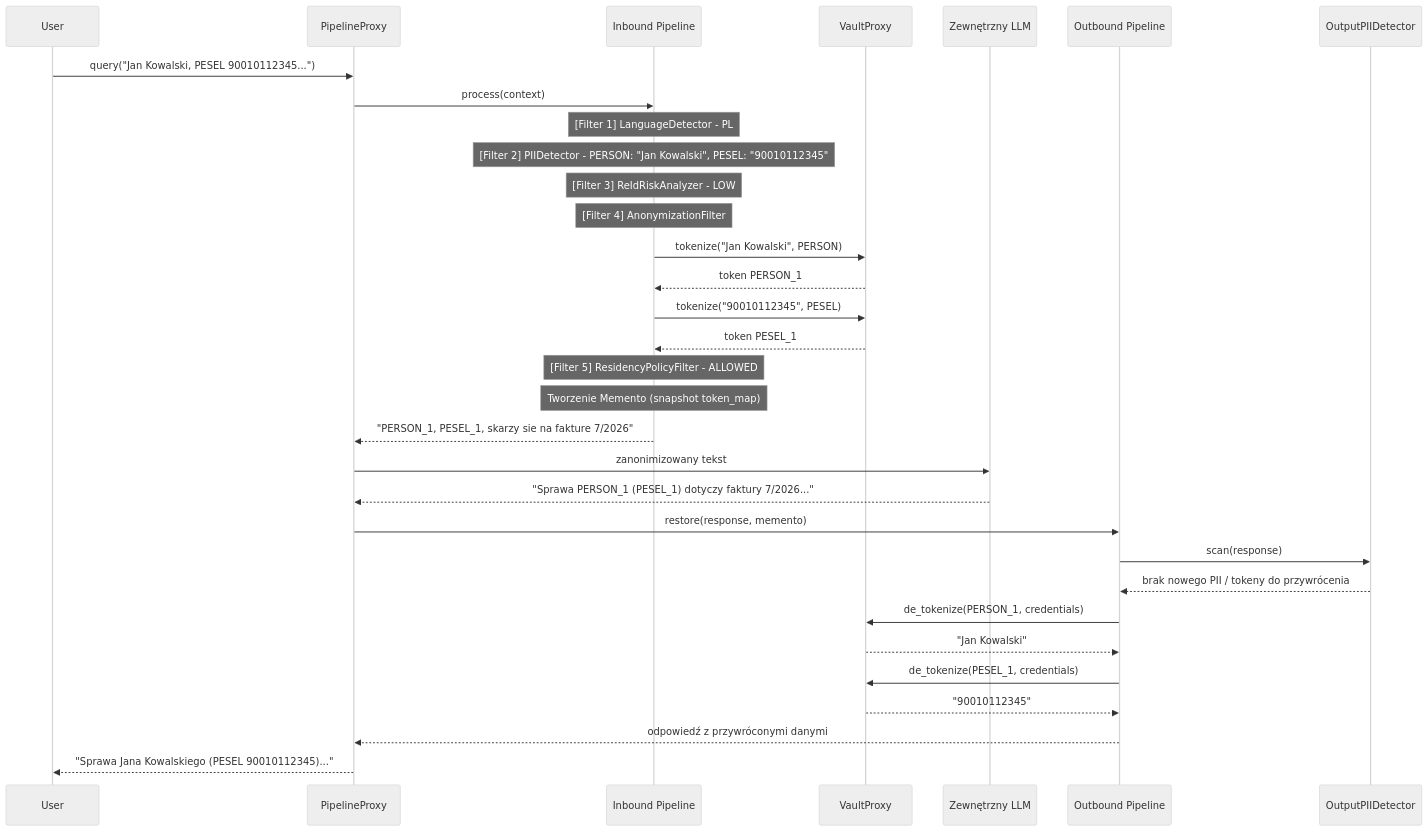
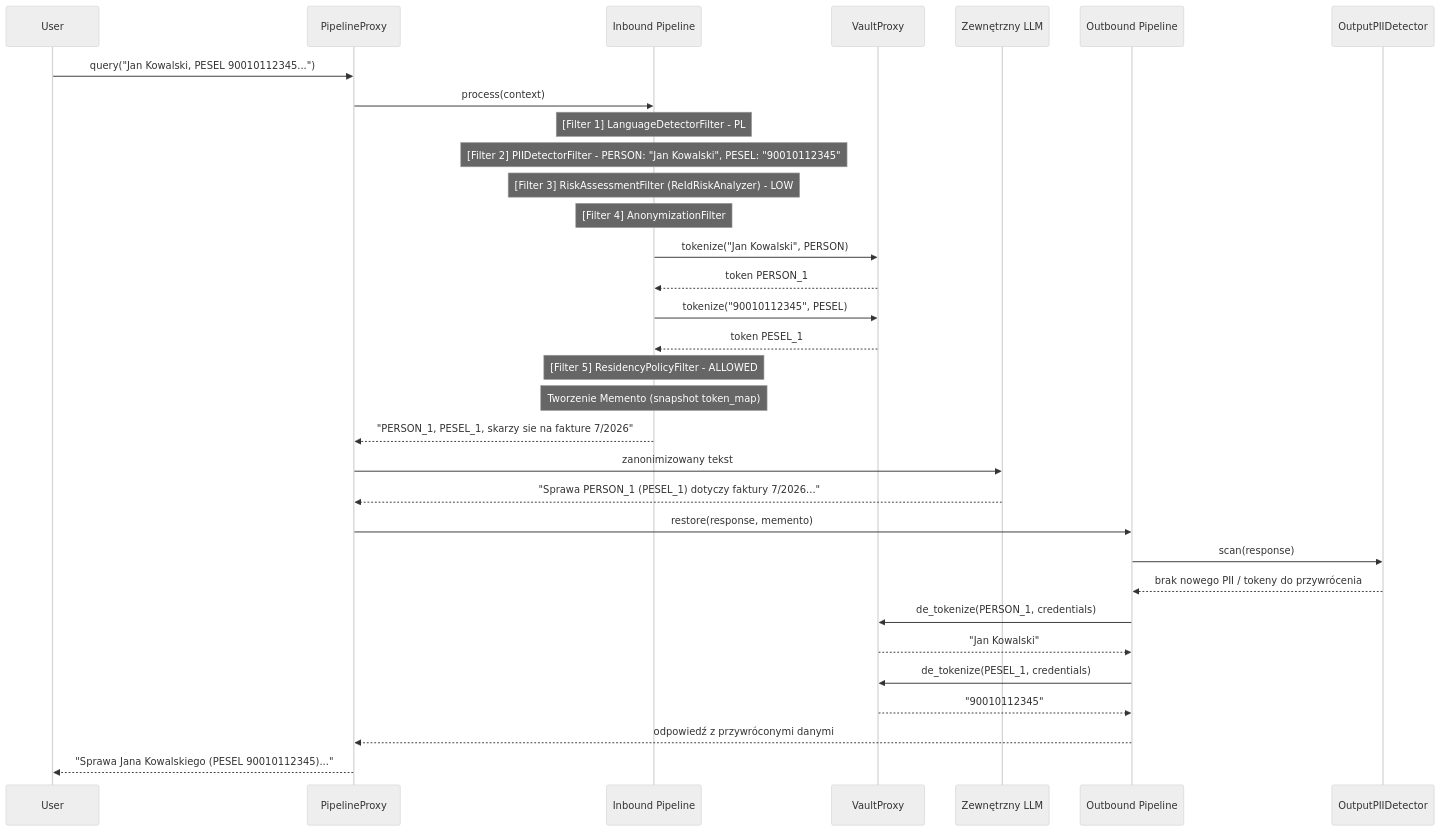
The eighth of 14 diagrams in ARCHITECTURE.md (gniewekk/Privacy-Preserving-Context-Pipeline-for-LLMs-DP), drawn with Mermaid (neutral theme) before and after one commit. The commit also changed other lines of this file and 12 other files, not shown here.

````diff
--- a/ARCHITECTURE.md
+++ b/ARCHITECTURE.md
@@ -480,40 +480,40 @@
 ```mermaid
 sequenceDiagram
     participant User
     participant Proxy as PipelineProxy
     participant InPipe as Inbound Pipeline
     participant Vault as VaultProxy
     participant LLM as Zewnętrzny LLM
     participant OutPipe as Outbound Pipeline
     participant OutputPII as OutputPIIDetector
 
     User->>Proxy: query("Jan Kowalski, PESEL 90010112345...")
     Proxy->>InPipe: process(context)
 
-    Note over InPipe: [Filter 1] LanguageDetector - PL
-    Note over InPipe: [Filter 2] PIIDetector - PERSON: "Jan Kowalski", PESEL: "90010112345"
-    Note over InPipe: [Filter 3] ReIdRiskAnalyzer - LOW
+    Note over InPipe: [Filter 1] LanguageDetectorFilter - PL
+    Note over InPipe: [Filter 2] PIIDetectorFilter - PERSON: "Jan Kowalski", PESEL: "90010112345"
+    Note over InPipe: [Filter 3] RiskAssessmentFilter (ReIdRiskAnalyzer) - LOW
     Note over InPipe: [Filter 4] AnonymizationFilter
 
     InPipe->>Vault: tokenize("Jan Kowalski", PERSON)
     Vault-->>InPipe: token PERSON_1
     InPipe->>Vault: tokenize("90010112345", PESEL)
     Vault-->>InPipe: token PESEL_1
 
     Note over InPipe: [Filter 5] ResidencyPolicyFilter - ALLOWED
     Note over InPipe: Tworzenie Memento (snapshot token_map)
 
     InPipe-->>Proxy: "PERSON_1, PESEL_1, skarzy sie na fakture 7/2026"
     Proxy->>LLM: zanonimizowany tekst
     LLM-->>Proxy: "Sprawa PERSON_1 (PESEL_1) dotyczy faktury 7/2026..."
 
     Proxy->>OutPipe: restore(response, memento)
     OutPipe->>OutputPII: scan(response)
     OutputPII-->>OutPipe: brak nowego PII / tokeny do przywrócenia
     OutPipe->>Vault: de_tokenize(PERSON_1, credentials)
     Vault-->>OutPipe: "Jan Kowalski"
     OutPipe->>Vault: de_tokenize(PESEL_1, credentials)
     Vault-->>OutPipe: "90010112345"
     OutPipe-->>Proxy: odpowiedź z przywróconymi danymi
     Proxy-->>User: "Sprawa Jana Kowalskiego (PESEL 90010112345)..."
 ```
````
